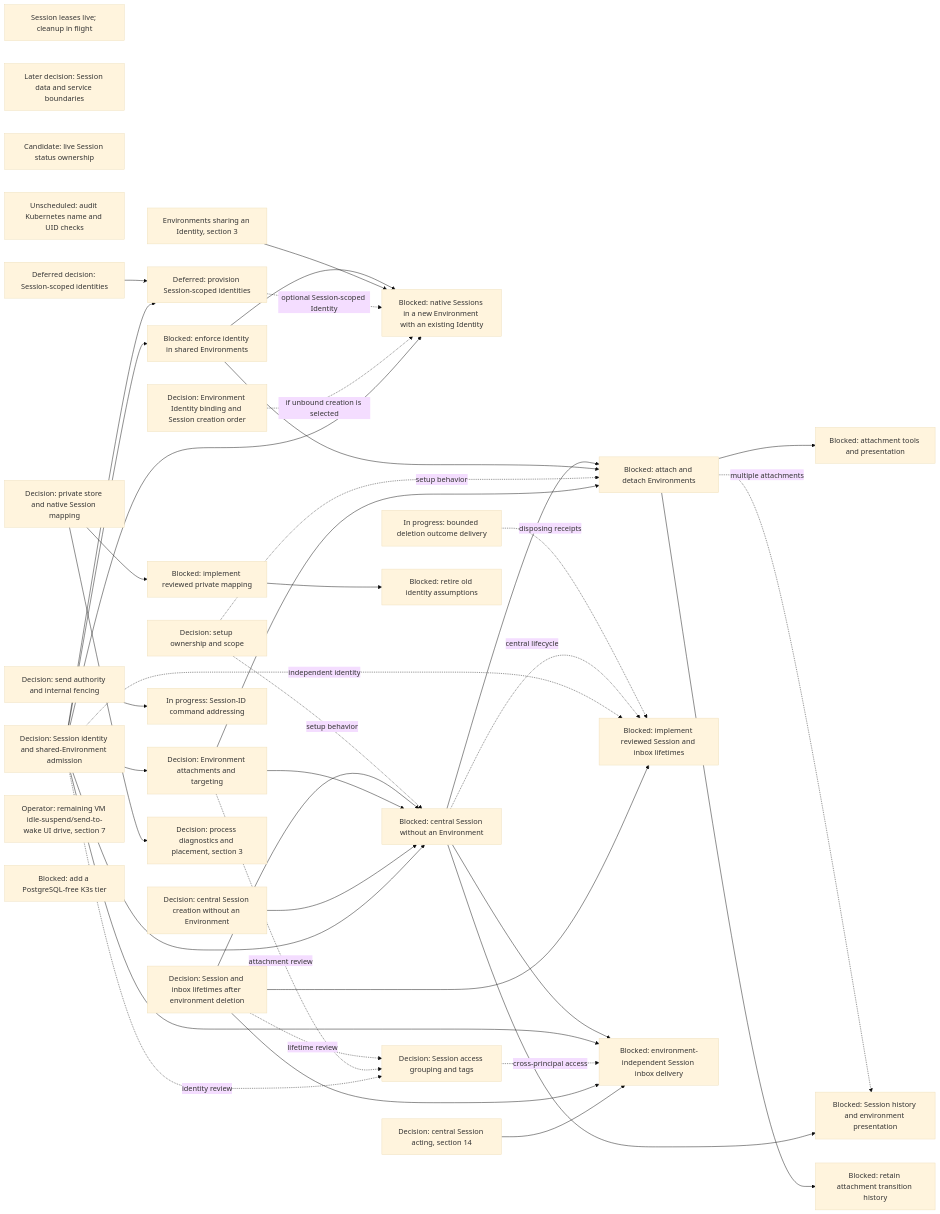
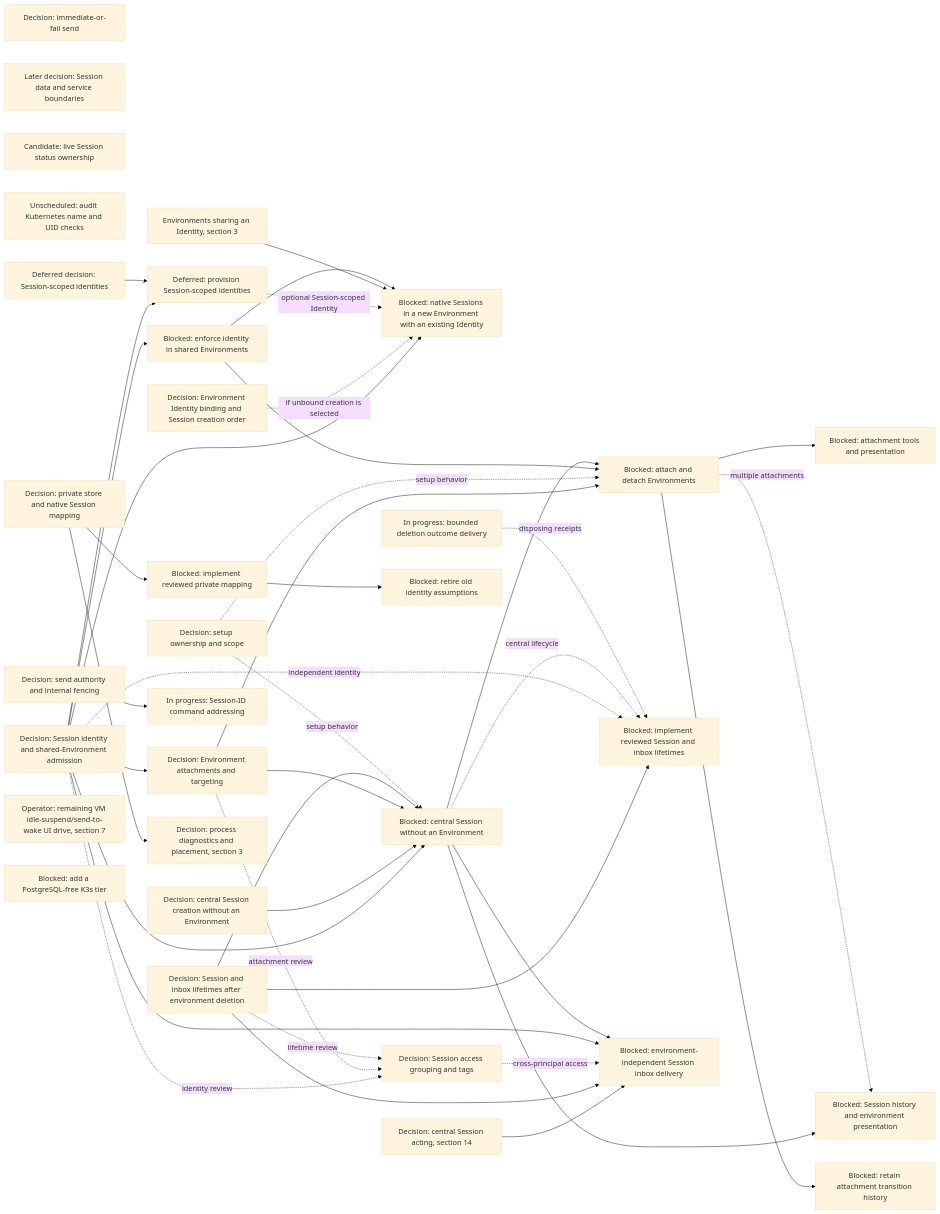
Before and after one commit to agentydragon/ducktape: diagram 15 of 20 in agentplane/plans/task_dag.md, drawn with Mermaid (base theme). The commit also changed other lines of this file and 4 other files, not shown here.

````diff
--- a/agentplane/plans/task_dag.md
+++ b/agentplane/plans/task_dag.md
@@ -2445,73 +2448,73 @@
 ```mermaid
 flowchart LR
-    DISPATCHER_PERSISTENCE_MODEL_DESIGN[Session leases live; cleanup in flight]
+    DISPATCHER_PERSISTENCE_MODEL_DESIGN[Decision: immediate-or-fail send]
     SESSION_DATA_OWNERSHIP_DESIGN[Later decision: Session data and service boundaries]
     SESSION_LIVE_STATUS_OWNERSHIP_DESIGN[Candidate: live Session status ownership]
     KUBERNETES_UID_CHECK_AUDIT[Unscheduled: audit Kubernetes name and UID checks]
     SESSION_IDENTITY_CONTRACT[Decision: Session identity and shared-Environment admission]
     ENVIRONMENT_IDENTITY_BINDING_DESIGN[Decision: Environment Identity binding and Session creation order]
     SESSION_IDENTITY_PROVISIONING_DESIGN[Deferred decision: Session-scoped identities]
     SESSION_MANAGED_IDENTITY[Deferred: provision Session-scoped identities]
     SESSION_NATIVE_IDENTITY_WORKFLOW[Blocked: native Sessions in a new Environment with an existing Identity]
     ENVIRONMENT_SHARED_IDENTITY[Environments sharing an Identity, section 3]
     SESSION_ACCESS_GROUPING_DESIGN[Decision: Session access grouping and tags]
     CENTRAL_SESSION_CREATION_CONTRACT[Decision: central Session creation without an Environment]
     SESSION_ATTACHMENT_CONTRACT[Decision: Environment attachments and targeting]
     SESSION_ENVIRONMENT_SETUP_DESIGN[Decision: setup ownership and scope]
     SESSION_IDENTITY_ENFORCEMENT[Blocked: enforce identity in shared Environments]
     CENTRAL_SESSION_WITHOUT_ENVIRONMENT[Blocked: central Session without an Environment]
     SESSION_ENV_ATTACHMENTS[Blocked: attach and detach Environments]
     SESSION_ATTACHMENT_SURFACES[Blocked: attachment tools and presentation]
     SESSION_ATTACHMENT_HISTORY[Blocked: retain attachment transition history]
     SESSION_LIFETIME_IMPLEMENTATION[Blocked: implement reviewed Session and inbox lifetimes]
     CENTRAL_SESSION_NOTIFICATIONS[Blocked: environment-independent Session inbox delivery]
     DELIVERY_DESTINATION_AUTHORITY_DESIGN[Decision: send authority and internal fencing]
     SESSION_DELETION_FENCE[In progress: bounded deletion outcome delivery]
     SESSION_AND_INBOX_LIFETIME[Decision: Session and inbox lifetimes after environment deletion]
     DELIVERY_DESTINATION_CONTRACT[In progress: Session-ID command addressing]
     SESSION_HISTORY_PRESENTATION[Blocked: Session history and environment presentation]
     SESSION_IDENTITY_CONTRACT --> CENTRAL_SESSION_WITHOUT_ENVIRONMENT
     CENTRAL_SESSION_ACTING_DESIGN[Decision: central Session acting, section 14] --> CENTRAL_SESSION_NOTIFICATIONS
     CENTRAL_SESSION_CREATION_CONTRACT --> CENTRAL_SESSION_WITHOUT_ENVIRONMENT
     SESSION_ATTACHMENT_CONTRACT --> CENTRAL_SESSION_WITHOUT_ENVIRONMENT
     SESSION_AND_INBOX_LIFETIME --> CENTRAL_SESSION_WITHOUT_ENVIRONMENT
     SESSION_IDENTITY_CONTRACT --> SESSION_IDENTITY_ENFORCEMENT
     SESSION_IDENTITY_CONTRACT --> SESSION_MANAGED_IDENTITY
     SESSION_IDENTITY_PROVISIONING_DESIGN --> SESSION_MANAGED_IDENTITY
     SESSION_IDENTITY_CONTRACT --> SESSION_NATIVE_IDENTITY_WORKFLOW
     ENVIRONMENT_IDENTITY_BINDING_DESIGN -. if unbound creation is selected .-> SESSION_NATIVE_IDENTITY_WORKFLOW
     SESSION_MANAGED_IDENTITY -. optional Session-scoped Identity .-> SESSION_NATIVE_IDENTITY_WORKFLOW
     ENVIRONMENT_SHARED_IDENTITY --> SESSION_NATIVE_IDENTITY_WORKFLOW
     SESSION_IDENTITY_ENFORCEMENT --> SESSION_NATIVE_IDENTITY_WORKFLOW
     SESSION_IDENTITY_CONTRACT --> SESSION_ATTACHMENT_CONTRACT
     SESSION_ATTACHMENT_CONTRACT --> SESSION_ENV_ATTACHMENTS
     SESSION_ENVIRONMENT_SETUP_DESIGN -. setup behavior .-> SESSION_ENV_ATTACHMENTS
     SESSION_ENVIRONMENT_SETUP_DESIGN -. setup behavior .-> CENTRAL_SESSION_WITHOUT_ENVIRONMENT
     SESSION_IDENTITY_ENFORCEMENT --> SESSION_ENV_ATTACHMENTS
     CENTRAL_SESSION_WITHOUT_ENVIRONMENT --> SESSION_ENV_ATTACHMENTS
     SESSION_ENV_ATTACHMENTS --> SESSION_ATTACHMENT_SURFACES
     SESSION_ENV_ATTACHMENTS --> SESSION_ATTACHMENT_HISTORY
     CENTRAL_SESSION_WITHOUT_ENVIRONMENT --> SESSION_HISTORY_PRESENTATION
     SESSION_ENV_ATTACHMENTS -. multiple attachments .-> SESSION_HISTORY_PRESENTATION
     SESSION_AND_INBOX_LIFETIME --> SESSION_LIFETIME_IMPLEMENTATION
     SESSION_IDENTITY_CONTRACT -. independent identity .-> SESSION_LIFETIME_IMPLEMENTATION
     CENTRAL_SESSION_WITHOUT_ENVIRONMENT -. central lifecycle .-> SESSION_LIFETIME_IMPLEMENTATION
     SESSION_DELETION_FENCE -. disposing receipts .-> SESSION_LIFETIME_IMPLEMENTATION
     SESSION_AND_INBOX_LIFETIME --> CENTRAL_SESSION_NOTIFICATIONS
     SESSION_IDENTITY_CONTRACT -. identity review .-> SESSION_ACCESS_GROUPING_DESIGN
     SESSION_ATTACHMENT_CONTRACT -. attachment review .-> SESSION_ACCESS_GROUPING_DESIGN
     SESSION_AND_INBOX_LIFETIME -. lifetime review .-> SESSION_ACCESS_GROUPING_DESIGN
     SESSION_ACCESS_GROUPING_DESIGN -. cross-principal access .-> CENTRAL_SESSION_NOTIFICATIONS
     SESSION_IDENTITY_CONTRACT --> CENTRAL_SESSION_NOTIFICATIONS
     CENTRAL_SESSION_WITHOUT_ENVIRONMENT --> CENTRAL_SESSION_NOTIFICATIONS
     HARNESS_IDENTITY_DESIGN[Decision: private store and native Session mapping]
     RUNNER_STORE_SESSION_IDENTITY[Blocked: implement reviewed private mapping]
     RUNNER_IDENTITY_LEGACY_CLEANUP[Blocked: retire old identity assumptions]
     IDLE_SUSPEND_UI_DRIVE[Operator: remaining VM idle-suspend/send-to-wake UI drive, section 7]
     RUNNER_HARNESS_OBJECTS_DESIGN[Decision: process diagnostics and placement, section 3]
     CNPG_FREE_K3S_INTEGRATION_TIER[Blocked: add a PostgreSQL-free K3s tier]
     DELIVERY_DESTINATION_AUTHORITY_DESIGN --> DELIVERY_DESTINATION_CONTRACT
     RUNNER_STORE_SESSION_IDENTITY --> RUNNER_IDENTITY_LEGACY_CLEANUP
     HARNESS_IDENTITY_DESIGN --> RUNNER_STORE_SESSION_IDENTITY
     HARNESS_IDENTITY_DESIGN --> RUNNER_HARNESS_OBJECTS_DESIGN
 ```
````
